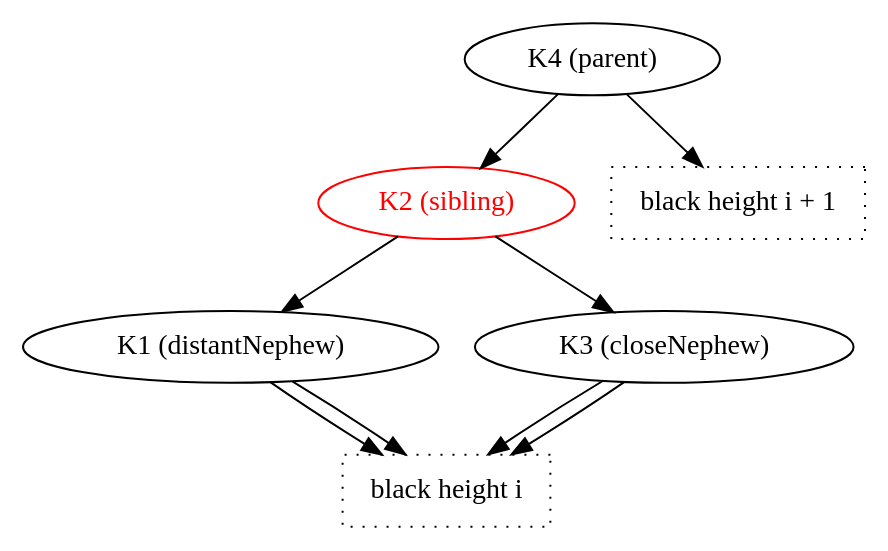
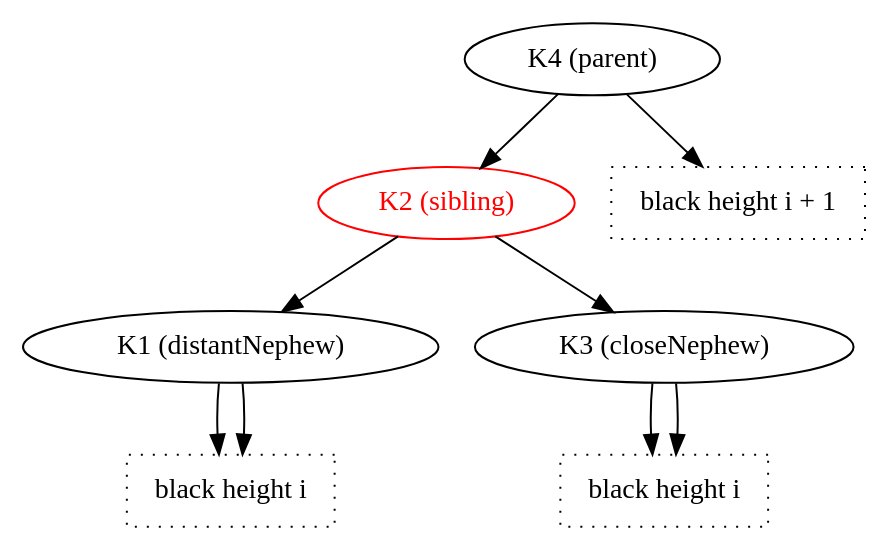
One commit to nasa/fprime changed the diagram in Fw/DataStructures/docs/diagrams/removeBlackLeafNode/red-parent.dot. Above: the diagram before and after it, drawn with Graphviz. The commit also changed 9 other files, not shown here.

```diff
--- a/Fw/DataStructures/docs/diagrams/removeBlackLeafNode/red-parent.dot
+++ b/Fw/DataStructures/docs/diagrams/removeBlackLeafNode/red-parent.dot
@@ -1,21 +1,23 @@
 digraph {
 
   K4 -> K2
-  K4 -> BHiPlus1
+  K4 -> BH1
   K2 -> K1
   K2 -> K3
 
-  K1 -> BHi
-  K1 -> BHi
-  K3 -> BHi
-  K3 -> BHi
+  K1 -> BH2
+  K1 -> BH2
+
+  K3 -> BH3
+  K3 -> BH3
 
   K1 [label="K1 (distantNephew)"]
   K2 [label="K2 (sibling)",color="red",fontcolor="red"]
   K3 [label="K3 (closeNephew)"]
   K4 [label="K4 (parent)"]
 
-  BHi [shape="box",label="black height i",style="dotted",fontname="Italic"]
-  BHiPlus1 [shape="box",label="black height i + 1",style="dotted",fontname="Italic"]
+  BH1 [shape="box",label="black height i + 1",style="dotted",fontname="Italic"]
+  BH2 [shape="box",label="black height i",style="dotted",fontname="Italic"]
+  BH3 [shape="box",label="black height i",style="dotted",fontname="Italic"]
 
 }
```
